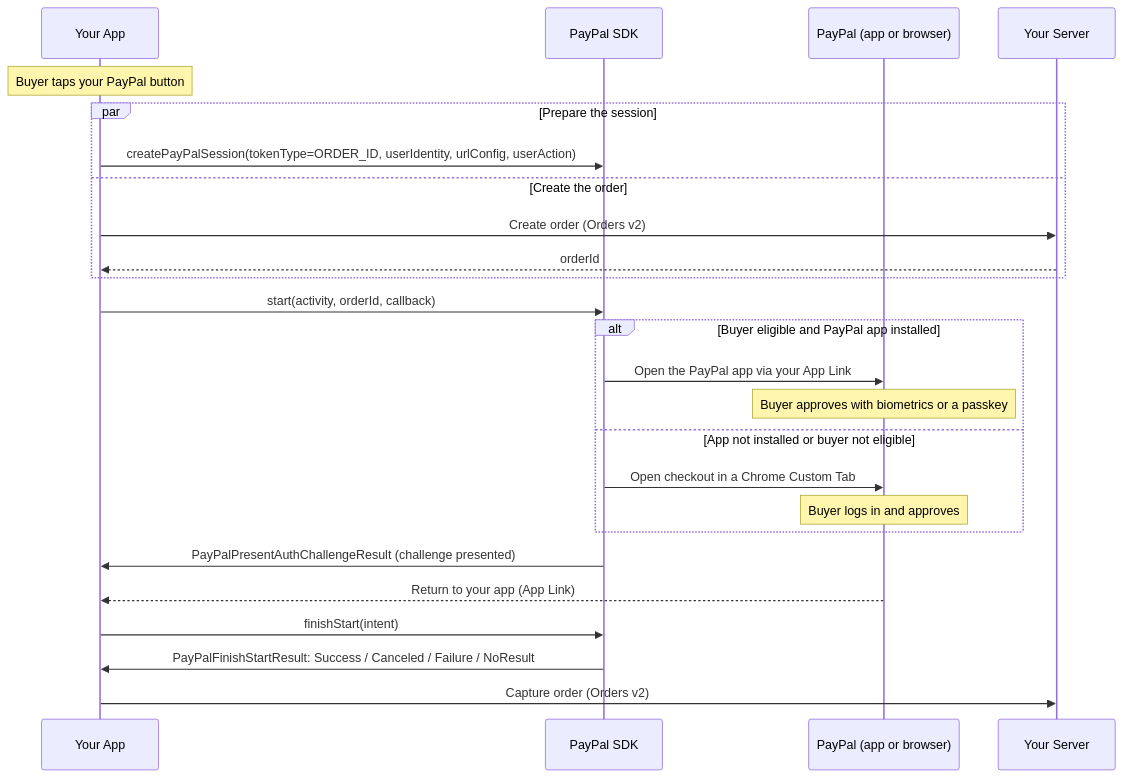
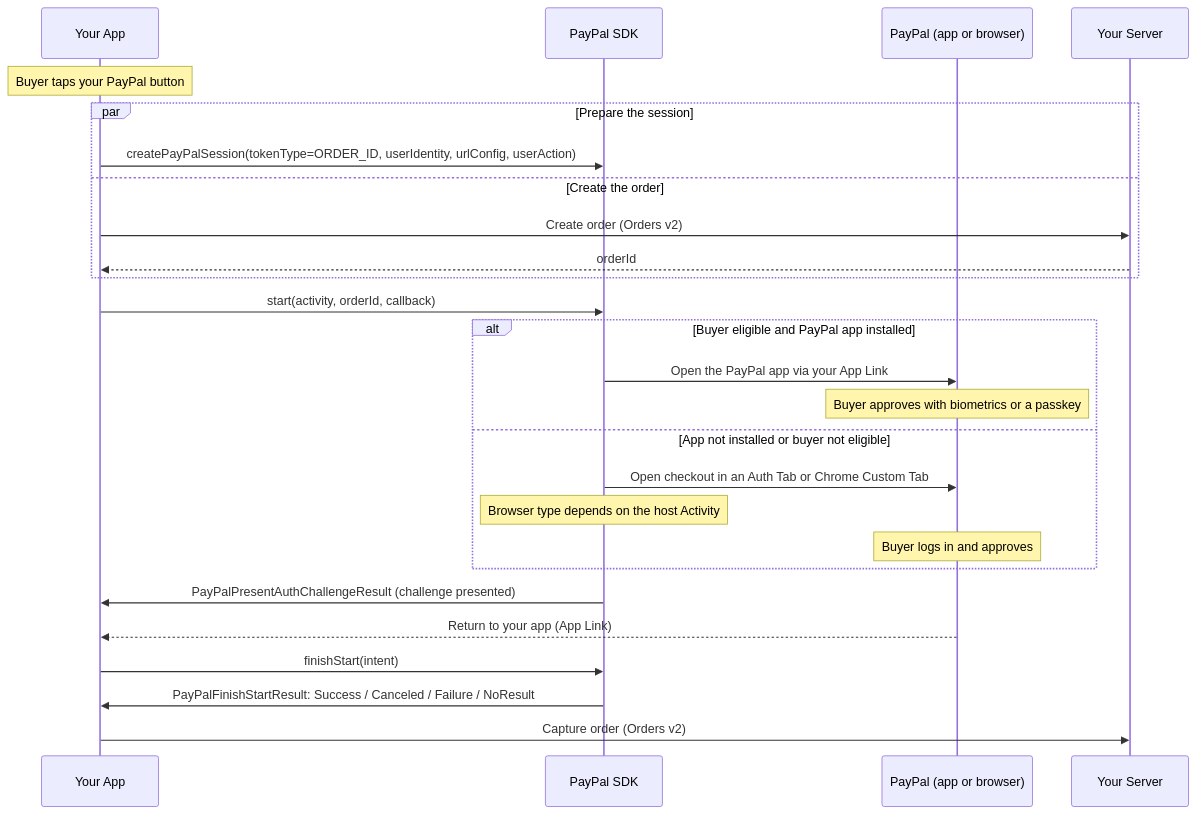
Before and after one commit to paypal/paypal-android: the diagram in Docs/integration-guides/android-paypal-checkout.md, drawn with Mermaid. The commit also changed other lines of this file and 49 other files, not shown here.

````diff
--- a/Docs/integration-guides/android-paypal-checkout.md
+++ b/Docs/integration-guides/android-paypal-checkout.md
@@ -15,28 +15,29 @@
 ```mermaid
 sequenceDiagram
     participant App as Your App
     participant SDK as PayPal SDK
     participant PayPal as PayPal (app or browser)
     participant Server as Your Server
 
     Note over App: Buyer taps your PayPal button
     par Prepare the session
         App->>SDK: createPayPalSession(tokenType=ORDER_ID, userIdentity, urlConfig, userAction)
     and Create the order
         App->>Server: Create order (Orders v2)
         Server-->>App: orderId
     end
     App->>SDK: start(activity, orderId, callback)
     alt Buyer eligible and PayPal app installed
         SDK->>PayPal: Open the PayPal app via your App Link
         Note over PayPal: Buyer approves with biometrics or a passkey
     else App not installed or buyer not eligible
-        SDK->>PayPal: Open checkout in a Chrome Custom Tab
+        SDK->>PayPal: Open checkout in an Auth Tab or Chrome Custom Tab
+        Note over SDK: Browser type depends on the host Activity
         Note over PayPal: Buyer logs in and approves
     end
     SDK->>App: PayPalPresentAuthChallengeResult (challenge presented)
     PayPal-->>App: Return to your app (App Link)
     App->>SDK: finishStart(intent)
     SDK->>App: PayPalFinishStartResult: Success / Canceled / Failure / NoResult
     App->>Server: Capture order (Orders v2)
 ```
````
